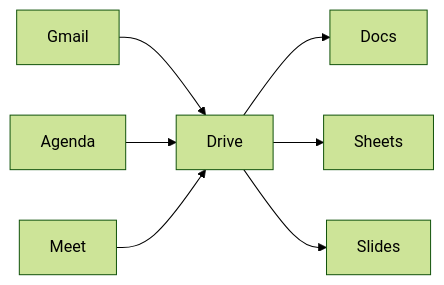
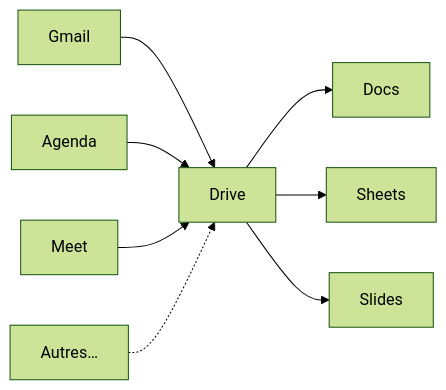
The diagram in docs/seances/01/cours_seance_01.md (ISIBrussels/outils-info-ia), drawn with Mermaid (forest theme) before and after one commit. The commit also changed other lines of this file and 1 other file, not shown here.

Commit message:
docs: enlarge compact table and hint more Workspace tools
Bump compact-table sizing for readability without footer overlap;
add Autres… node with dotted link on the Workspace overview diagram.

````diff
--- a/docs/seances/01/cours_seance_01.md
+++ b/docs/seances/01/cours_seance_01.md
@@ -40,13 +40,15 @@
 ```mermaid
 flowchart LR
   M[Gmail]
   A[Agenda]
   Meet[Meet]
+  Autres[Autres…]
   D[Drive]
   M --> D
   A --> D
   Meet --> D
+  Autres -.-> D
   D --> Docs[Docs]
   D --> Sheets[Sheets]
   D --> Slides[Slides]
 ```
````
